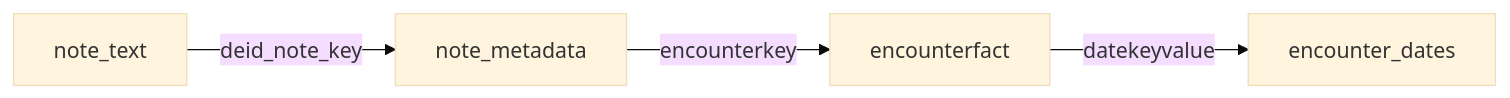
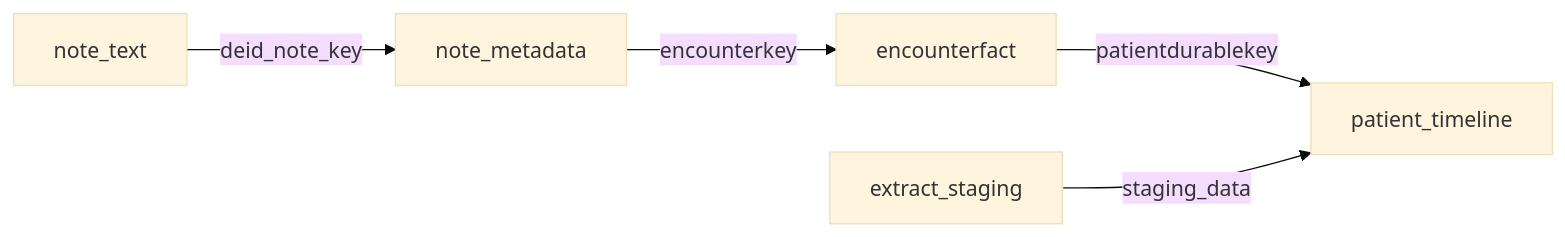
One commit to Precision-Oncology/clinical_notes_extractor changed the diagram in README.md. Above: the diagram before and after it, drawn with Mermaid (base theme). The commit also changed other lines of this file and 1 other file, not shown here.

Commit message:
add patient timeline generation script and update readme

````diff
--- a/README.md
+++ b/README.md
@@ -119,6 +134,7 @@
 ```mermaid
 graph LR
     note_text -->|deid_note_key| note_metadata
     note_metadata -->|encounterkey| encounterfact
-    encounterfact -->|datekeyvalue| encounter_dates
+    encounterfact -->|patientdurablekey| patient_timeline
+    extract_staging -->|staging_data| patient_timeline
 ```
````
